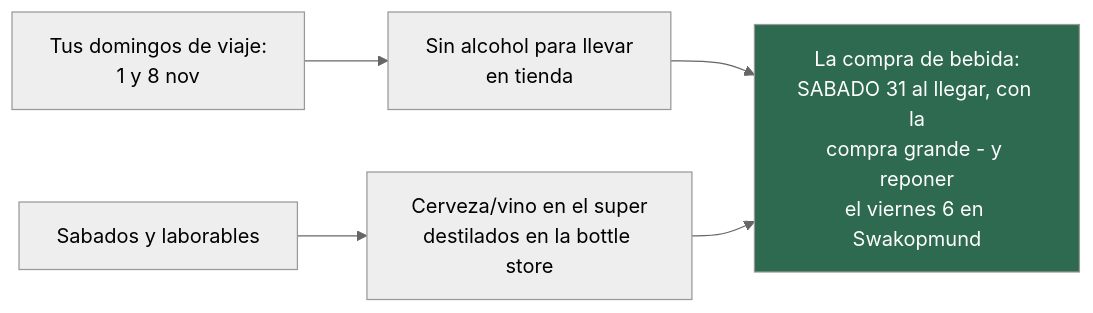
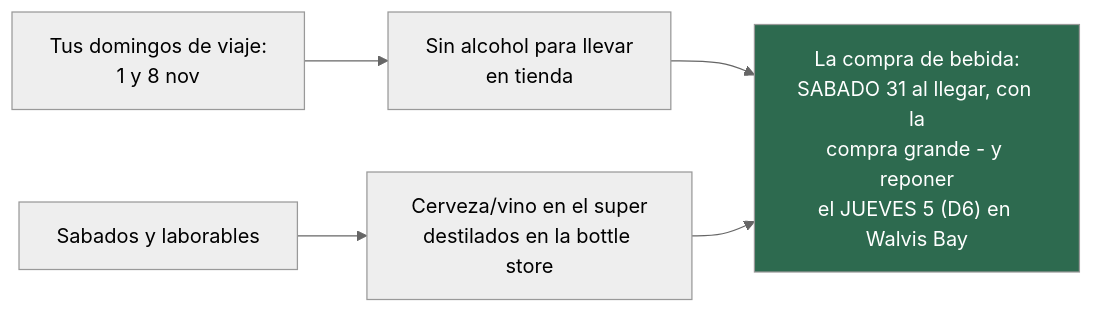
The first of 2 diagrams in 08-comida-compras-y-regalos.md (morandeirachema/namibia), drawn with Mermaid (neutral theme) before and after one commit. The commit also changed other lines of this file and 28 other files, not shown here.

````diff
--- a/08-comida-compras-y-regalos.md
+++ b/08-comida-compras-y-regalos.md
@@ -26,8 +26,8 @@
 ```mermaid
 flowchart LR
     A["Tus domingos de viaje:<br/>1 y 8 nov"] --> B["Sin alcohol para llevar<br/>en tienda"]
     C["Sabados y laborables"] --> D["Cerveza/vino en el super<br/>destilados en la bottle store"]
-    B --> E["La compra de bebida:<br/>SABADO 31 al llegar, con la<br/>compra grande - y reponer<br/>el viernes 6 en Swakopmund"]
+    B --> E["La compra de bebida:<br/>SABADO 31 al llegar, con la<br/>compra grande - y reponer<br/>el JUEVES 5 (D6) en Walvis Bay"]
     D --> E
     style E fill:#2d6a4f,color:#fff
 ```
````
